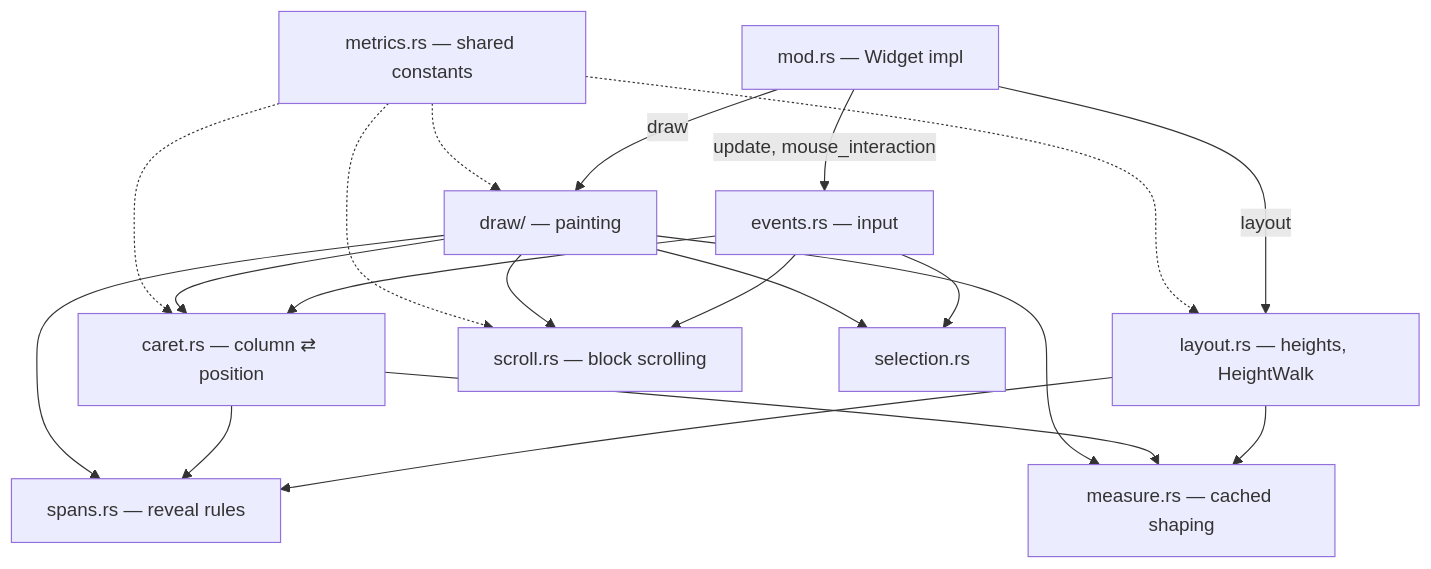
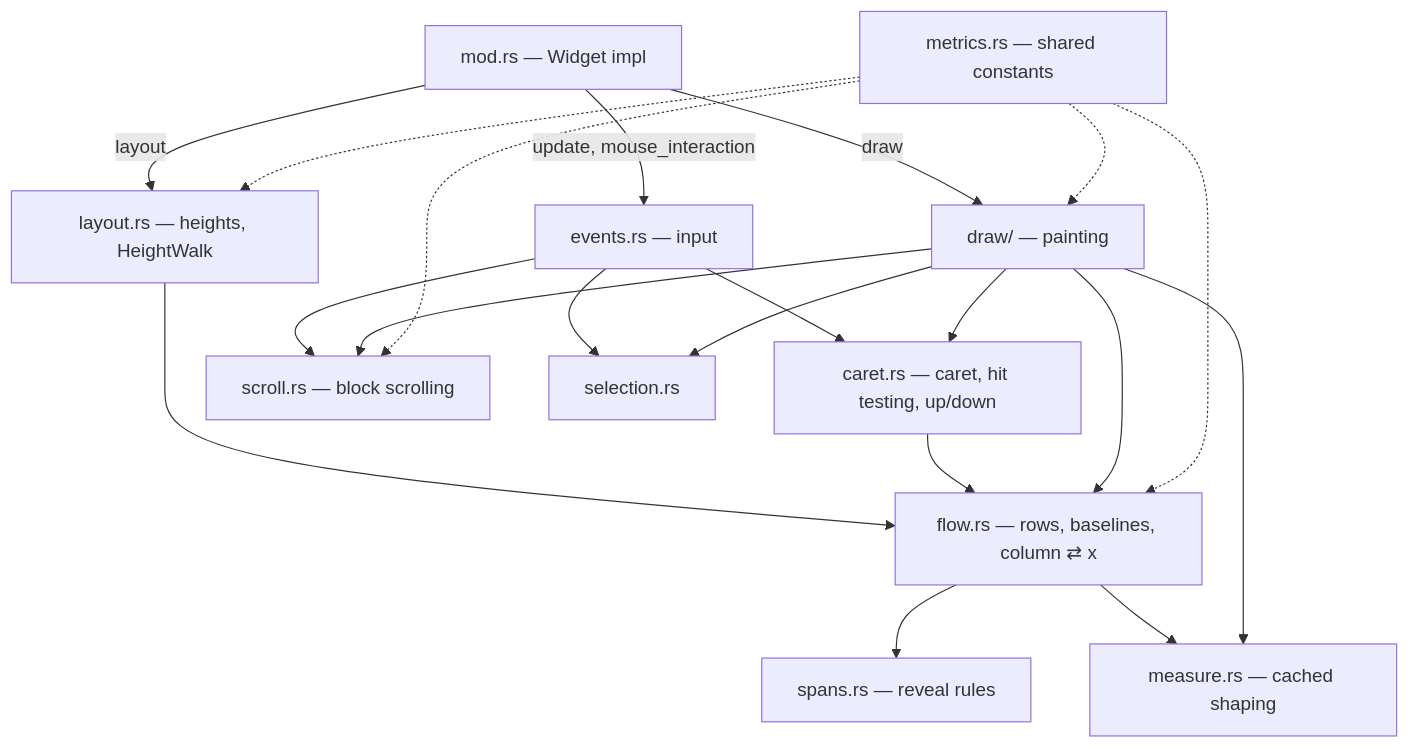
One commit to Suranjan77/md-editor changed the third of 3 diagrams in wiki/Markdown-Pipeline.md. Above: the diagram before and after it, drawn with Mermaid. The commit also changed other lines of this file and 24 other files, not shown here.

First line of the commit message:
fix: lay out inline text once so caret, clicks and painting agree

````diff
--- a/wiki/Markdown-Pipeline.md
+++ b/wiki/Markdown-Pipeline.md
@@ -259,22 +259,22 @@
 ```mermaid
 graph TD
     Widget["mod.rs — Widget impl"] -->|layout| Layout["layout.rs — heights, HeightWalk"]
-    Widget -->|draw| Draw["draw/ — painting"]
+    Layout --> Flow["flow.rs — rows, baselines, column ⇄ x"]
+    Caret["caret.rs — caret, hit testing, up/down"] --> Flow
+    Draw["draw/ — painting"] --> Flow
+    Widget -->|draw| Draw
     Widget -->|"update, mouse_interaction"| Events["events.rs — input"]
-    Events --> Caret["caret.rs — column ⇄ position"]
+    Events --> Caret
     Events --> Scroll["scroll.rs — block scrolling"]
     Events --> Selection["selection.rs"]
     Draw --> Caret
     Draw --> Scroll
     Draw --> Selection
-    Layout --> Spans["spans.rs — reveal rules"]
-    Caret --> Spans
-    Draw --> Spans
-    Layout --> Measure["measure.rs — cached shaping"]
-    Caret --> Measure
+    Flow --> Spans["spans.rs — reveal rules"]
+    Flow --> Measure["measure.rs — cached shaping"]
     Draw --> Measure
     Metrics["metrics.rs — shared constants"] -.-> Layout
-    Metrics -.-> Caret
+    Metrics -.-> Flow
     Metrics -.-> Draw
     Metrics -.-> Scroll
 ```
````
